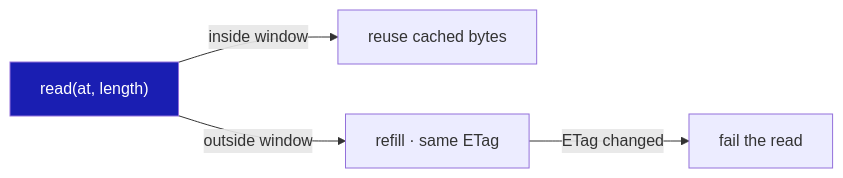
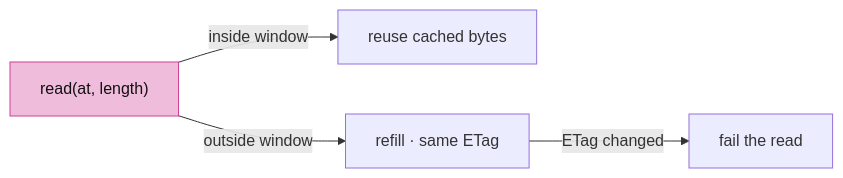
One commit to petrasvestartas/session changed the third of 5 diagrams in session_viewer/docs/15-publication.md. Above: the diagram before and after it, drawn with Mermaid. The commit also changed other lines of this file and 23 other files, not shown here.

Commit message:
Course: Mermaid nodes white with black text, highlighted nodes pink, white arrows and edge labels on the black ground

````diff
--- a/session_viewer/docs/15-publication.md
+++ b/session_viewer/docs/15-publication.md
@@ -40,7 +40,7 @@
 ```mermaid
 flowchart LR
     R["read(at, length)"] -- "inside window" --> H["reuse cached bytes"]
     R -- "outside window" --> F["refill · same ETag"]
     F -- "ETag changed" --> E["fail the read"]
-    style R fill:#1a1eb2,color:#fff
+    style R fill:#f0bcdb,stroke:#ce4095,color:#111
 ```
````
